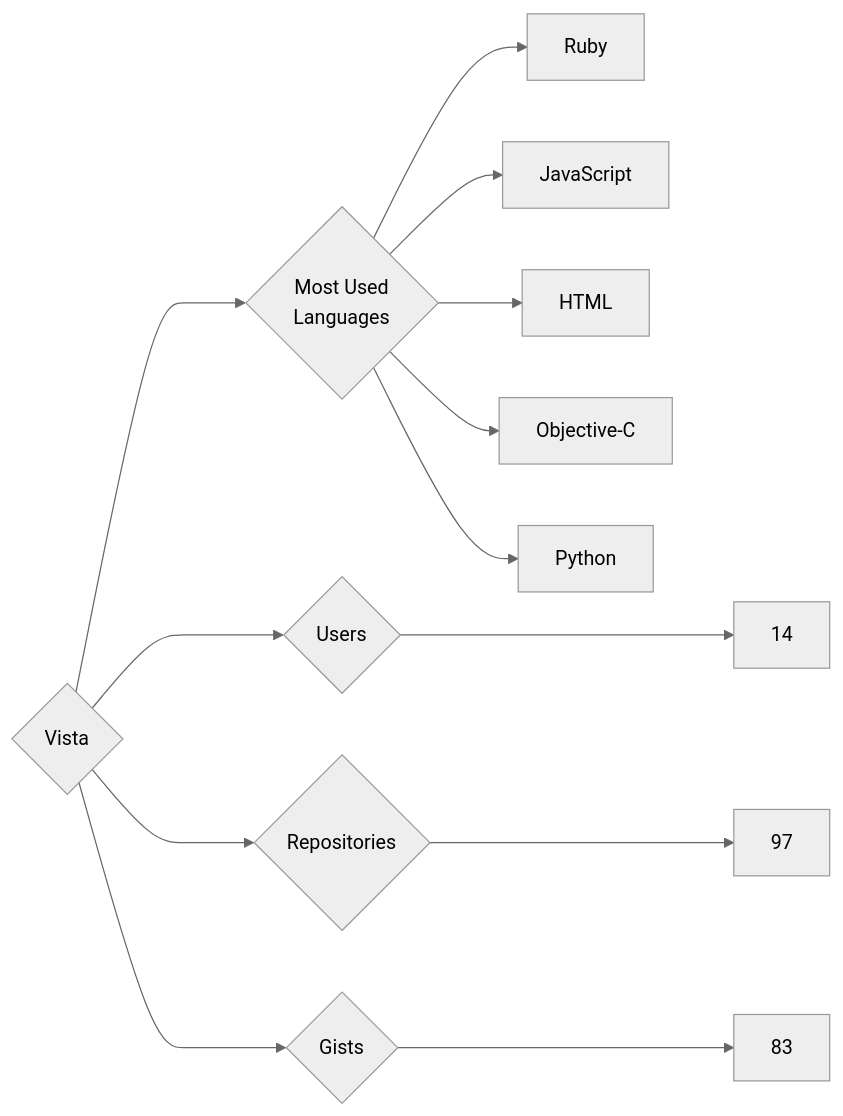
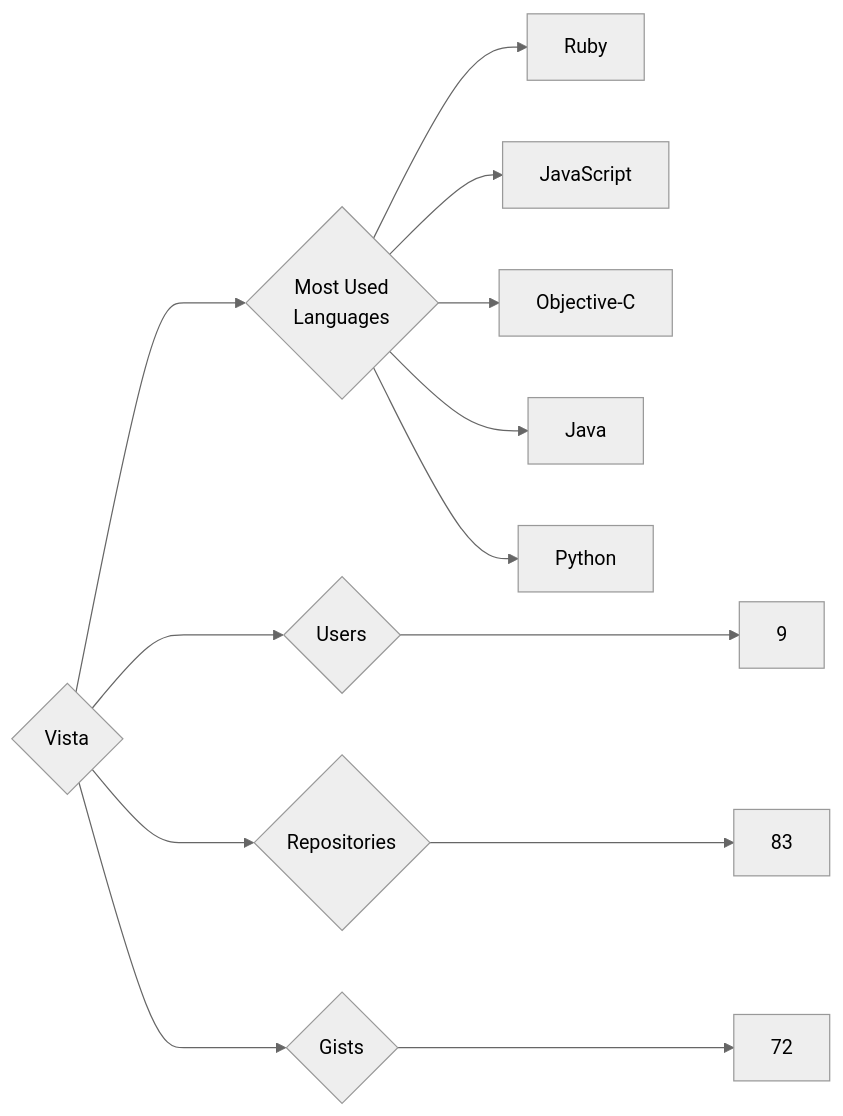
The diagram in targets/Vista/README.md (trickest/insiders), drawn with Mermaid (neutral theme) before and after one commit. The commit also changed 814 other files, not shown here.

````diff
--- a/targets/Vista/README.md
+++ b/targets/Vista/README.md
@@ -3,13 +3,13 @@
 ```mermaid
 graph LR
 COMPANY_NAME{Vista}
-COMPANY_NAME ---> U{Users} ---> UN[14]
-COMPANY_NAME ---> R{Repositories} ---> RN[97]
-COMPANY_NAME ---> G{Gists} ---> GN[83]
+COMPANY_NAME ---> U{Users} ---> UN[9]
+COMPANY_NAME ---> R{Repositories} ---> RN[83]
+COMPANY_NAME ---> G{Gists} ---> GN[72]
 COMPANY_NAME ---> ML{Most Used<br>Languages}
 ML --> Ruby[Ruby]
 ML --> JavaScript[JavaScript]
-ML --> HTML[HTML]
 ML --> Objective-C[Objective-C]
+ML --> Java[Java]
 ML --> Python[Python]
 ```
````
